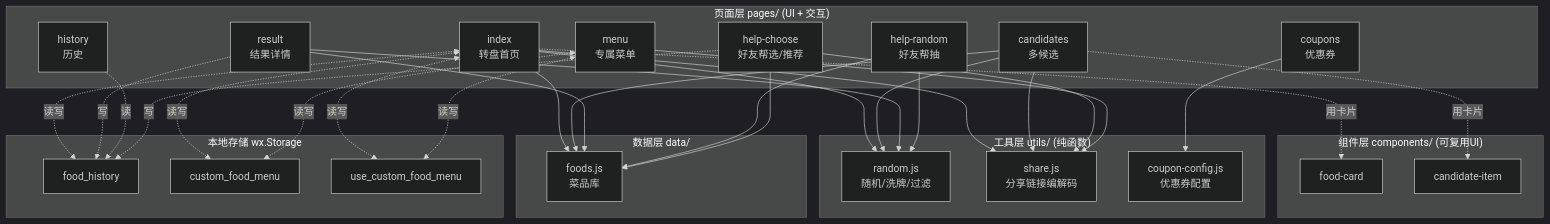
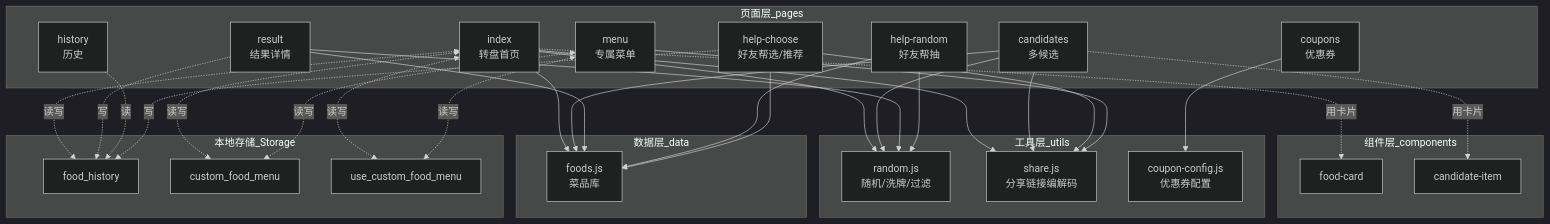
Before and after one commit to yps-change/wechat-miniprogram: the first of 5 diagrams in ARCHITECTURE.md, drawn with Mermaid (dark theme). The commit also changed 1 other file, not shown here.

Commit message:
docs: 修复Mermaid在旧版本(8.8.3)下subgraph标题带括号导致的语法报错

````diff
--- a/ARCHITECTURE.md
+++ b/ARCHITECTURE.md
@@ -30,51 +30,51 @@
 ```mermaid
 graph TD
-  subgraph P["页面层 pages/ (UI + 交互)"]
+  subgraph 页面层_pages
     idx["index<br/>转盘首页"]
     res["result<br/>结果详情"]
     cand["candidates<br/>多候选"]
     menu["menu<br/>专属菜单"]
     his["history<br/>历史"]
     hr["help-random<br/>好友帮抽"]
     hc["help-choose<br/>好友帮选/推荐"]
     cp["coupons<br/>优惠券"]
   end
 
-  subgraph C["组件层 components/ (可复用UI)"]
+  subgraph 组件层_components
     fc["food-card"]
     ci["candidate-item"]
   end
 
-  subgraph U["工具层 utils/ (纯函数)"]
+  subgraph 工具层_utils
     rnd["random.js<br/>随机/洗牌/过滤"]
     shr["share.js<br/>分享链接编解码"]
     cfg["coupon-config.js<br/>优惠券配置"]
   end
 
-  subgraph D["数据层 data/"]
+  subgraph 数据层_data
     foods["foods.js<br/>菜品库"]
   end
 
-  subgraph S["本地存储 wx.Storage"]
+  subgraph 本地存储_Storage
     st1["food_history"]
     st2["custom_food_menu"]
     st3["use_custom_food_menu"]
   end
 
   idx --> rnd & shr & foods
   cand --> rnd & shr & foods
   res --> rnd & foods
   hr --> rnd & foods
   hc --> shr & foods
   menu --> shr
   cp --> cfg
 
   idx -.用卡片.-> fc
   cand -.用卡片.-> ci
 
   idx <-.读写.-> st1 & st2 & st3
   res -.写.-> st1
   menu <-.读写.-> st2 & st3
   his -.读.-> st1
   hc -.写.-> st1
 ```
````
